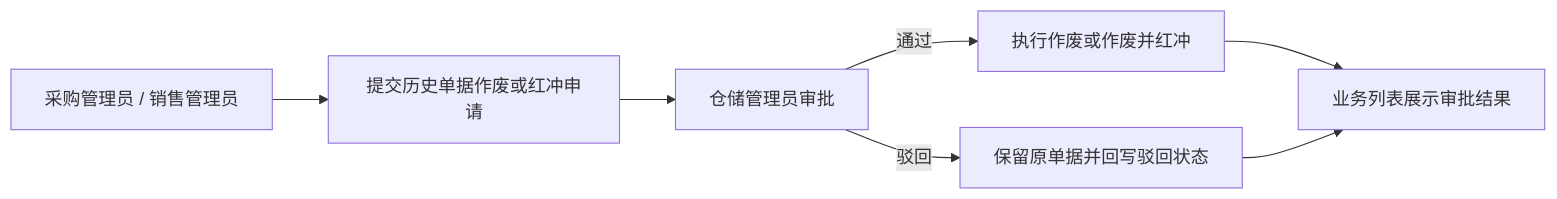
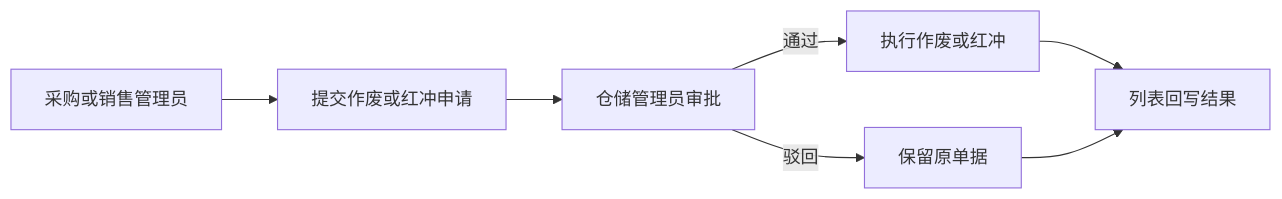
Before and after one commit to shanqiu127/Warehouse-Management-System-: the second of 2 diagrams in README.md, drawn with Mermaid. The commit also changed other lines of this file and 61 other files, not shown here.

````diff
--- a/README.md
+++ b/README.md
@@ -56,9 +54,9 @@
 ```mermaid
 flowchart LR
-	A[采购管理员 / 销售管理员] --> B[提交历史单据作废或红冲申请]
+	A[采购或销售管理员] --> B[提交作废或红冲申请]
 	B --> C[仓储管理员审批]
-	C -->|通过| D[执行作废或作废并红冲]
-	C -->|驳回| E[保留原单据并回写驳回状态]
-	D --> F[业务列表展示审批结果]
+	C -->|通过| D[执行作废或红冲]
+	C -->|驳回| E[保留原单据]
+	D --> F[列表回写结果]
 	E --> F
 ```
````
